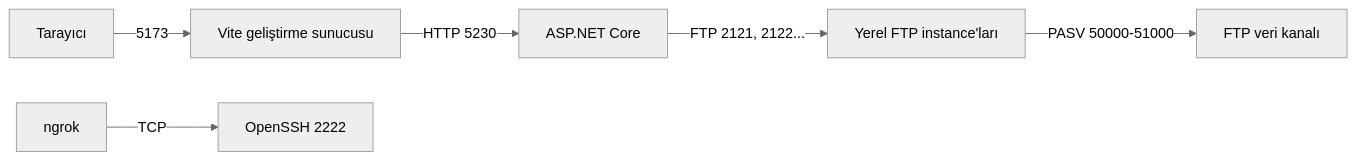
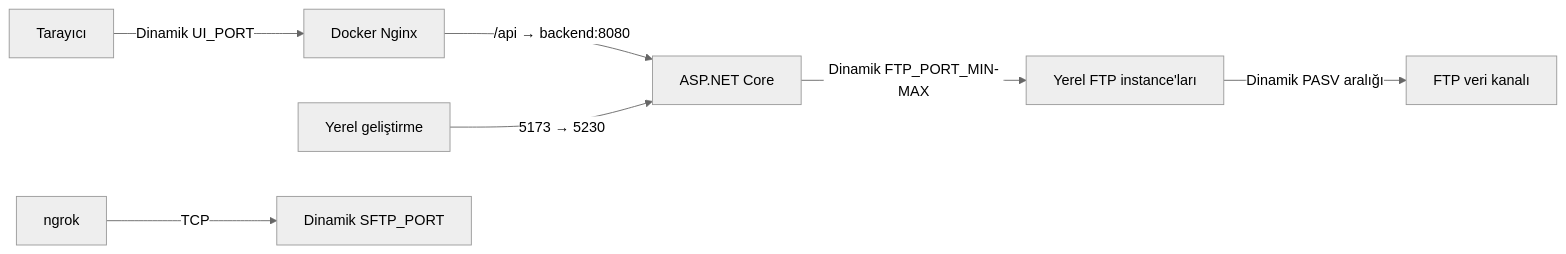
One commit to ottamina/FTP_Dosya_Yonetimi changed the seventh of 8 diagrams in docs/01_SISTEM_MIMARISI.md. Above: the diagram before and after it, drawn with Mermaid (neutral theme). The commit also changed other lines of this file and 9 other files, not shown here.

Commit message:
fix: restore ngrok token loading and update Docker docs

````diff
--- a/docs/01_SISTEM_MIMARISI.md
+++ b/docs/01_SISTEM_MIMARISI.md
@@ -158,8 +160,9 @@
 ```mermaid
 flowchart LR
-    Browser["Tarayıcı"] -->|"5173"| Vite["Vite geliştirme sunucusu"]
-    Vite -->|"HTTP 5230"| Api["ASP.NET Core"]
-    Api -->|"FTP 2121, 2122..."| Ftp["Yerel FTP instance'ları"]
-    Ftp -->|"PASV 50000-51000"| DataChannel["FTP veri kanalı"]
-    Ngrok["ngrok"] -->|"TCP"| Ssh["OpenSSH 2222"]
+    Browser["Tarayıcı"] -->|"Dinamik UI_PORT"| Nginx["Docker Nginx"]
+    Nginx -->|"/api → backend:8080"| Api["ASP.NET Core"]
+    Dev["Yerel geliştirme"] -->|"5173 → 5230"| Api
+    Api -->|"Dinamik FTP_PORT_MIN-MAX"| Ftp["Yerel FTP instance'ları"]
+    Ftp -->|"Dinamik PASV aralığı"| DataChannel["FTP veri kanalı"]
+    Ngrok["ngrok"] -->|"TCP"| Ssh["Dinamik SFTP_PORT"]
 ```
````
